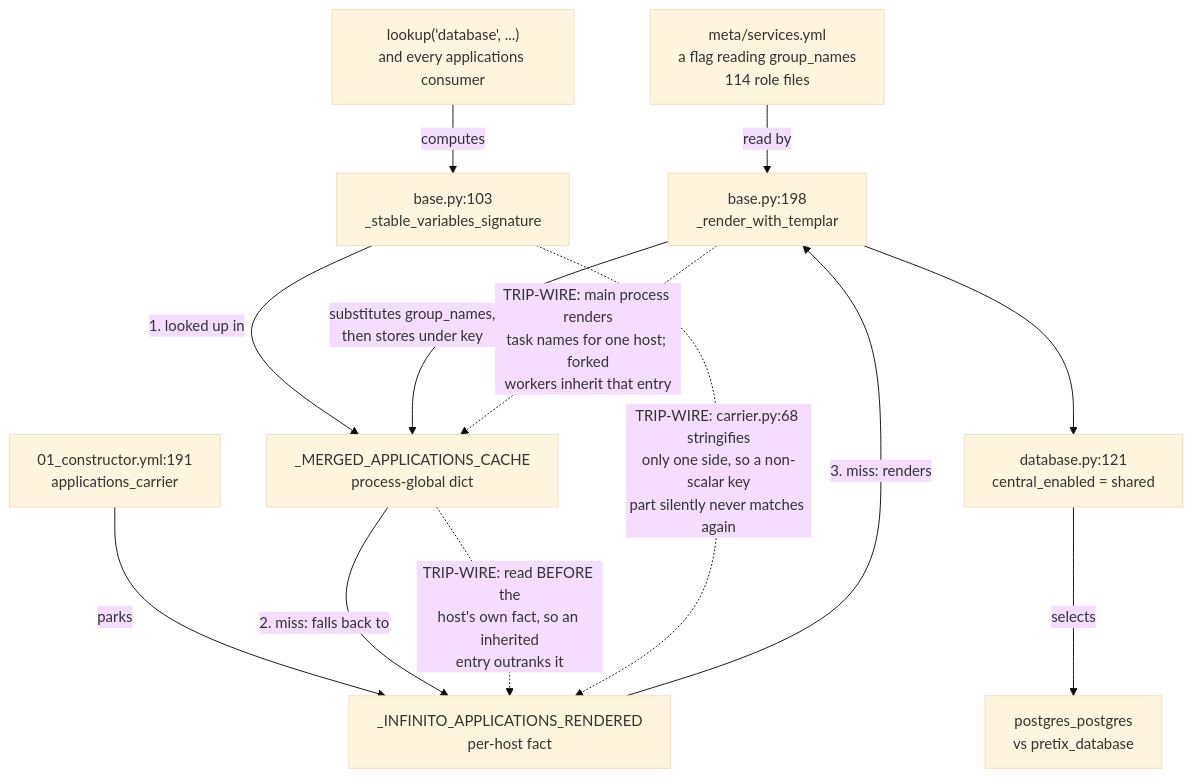
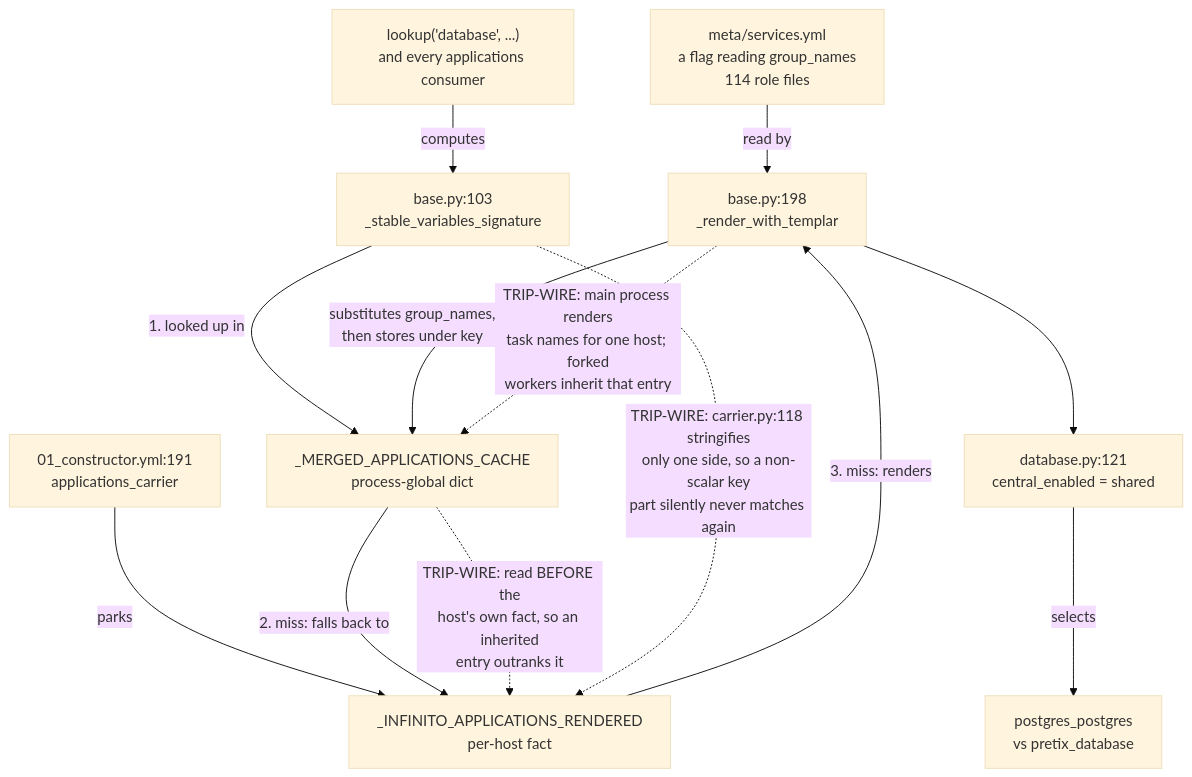
One commit to infinito-nexus/core changed the diagram in utils/cache/README.md. Above: the diagram before and after it, drawn with Mermaid (base theme). The commit also changed other lines of this file and 9 other files, not shown here.

````diff
--- a/utils/cache/README.md
+++ b/utils/cache/README.md
@@ -63,26 +63,26 @@
 ```mermaid
 flowchart TD
     decl["meta/services.yml<br/>a flag reading group_names<br/>114 role files"]
     ctor["01_constructor.yml:191<br/>applications_carrier"]
     fact["_INFINITO_APPLICATIONS_RENDERED<br/>per-host fact"]
     lookup["lookup('database', ...)<br/>and every applications consumer"]
     key["base.py:103<br/>_stable_variables_signature"]
     proc["_MERGED_APPLICATIONS_CACHE<br/>process-global dict"]
     render["base.py:198<br/>_render_with_templar"]
     consumer["database.py:121<br/>central_enabled = shared"]
     name["postgres_postgres<br/>vs pretix_database"]
 
     decl -->|"read by"| render
     ctor -->|"parks"| fact
     lookup -->|"computes"| key
     key -->|"1. looked up in"| proc
     proc -->|"2. miss: falls back to"| fact
     fact -->|"3. miss: renders"| render
     render -->|"substitutes group_names,<br/>then stores under key"| proc
     render --> consumer
     consumer -->|"selects"| name
 
     proc -.->|"TRIP-WIRE: read BEFORE the<br/>host's own fact, so an inherited<br/>entry outranks it"| fact
     render -.->|"TRIP-WIRE: main process renders<br/>task names for one host; forked<br/>workers inherit that entry"| proc
-    key -.->|"TRIP-WIRE: carrier.py:68 stringifies<br/>only one side, so a non-scalar key<br/>part silently never matches again"| fact
+    key -.->|"TRIP-WIRE: carrier.py:118 stringifies<br/>only one side, so a non-scalar key<br/>part silently never matches again"| fact
 ```
````
